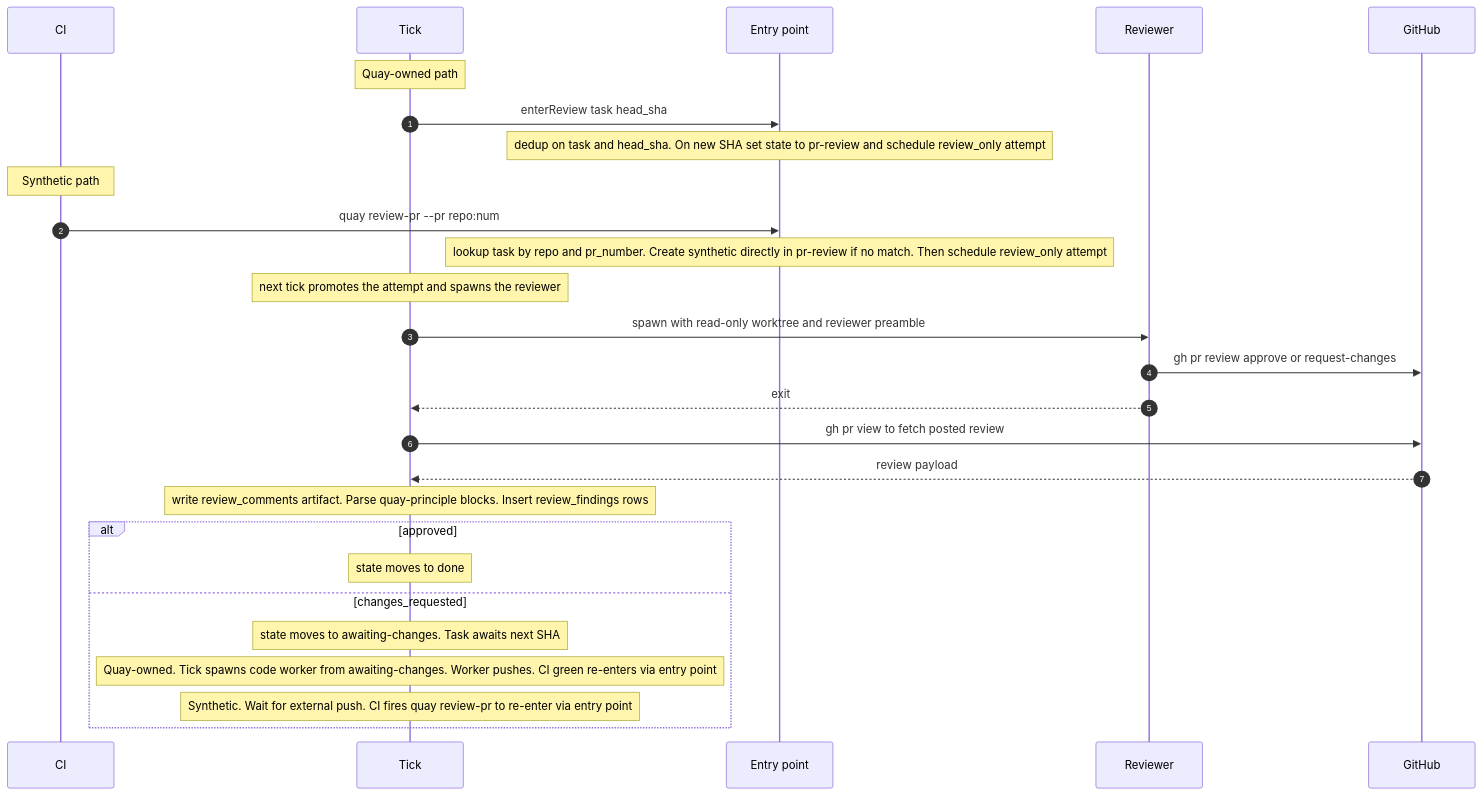
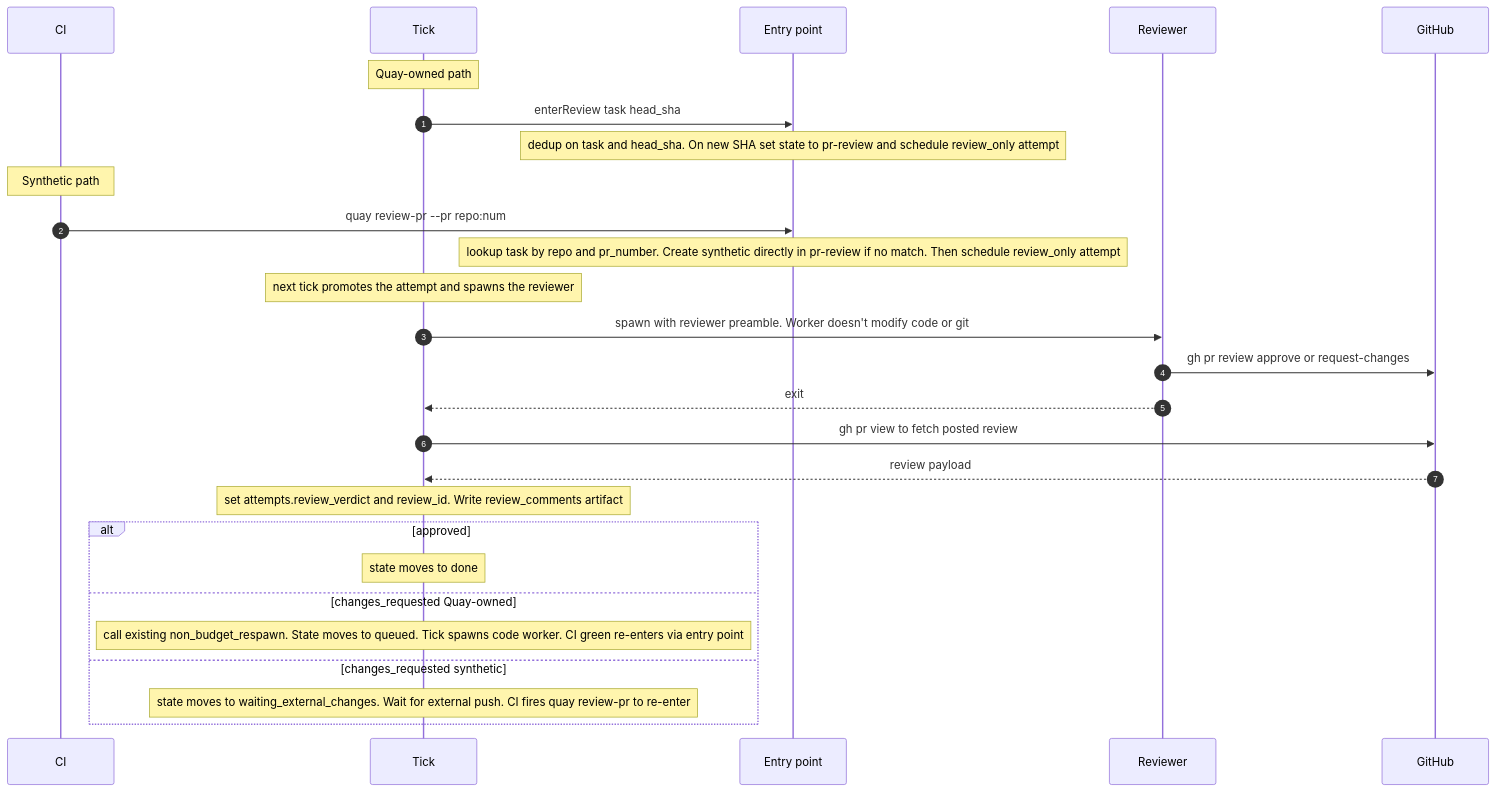
The first of 2 diagrams in docs/quay-spec-pr-review.md (InverterNetwork/quay), drawn with Mermaid before and after one commit. The commit also changed other lines of this file and 1 other file, not shown here.

First line of the commit message:
Simplify spec: defer findings/FTS, share cap, split rollout flags

````diff
--- a/docs/quay-spec-pr-review.md
+++ b/docs/quay-spec-pr-review.md
@@ -55,33 +60,33 @@
 ```mermaid
 sequenceDiagram
     autonumber
     participant CI
     participant Tick
     participant Entry as Entry point
     participant Worker as Reviewer
     participant GH as GitHub
 
     Note over Tick: Quay-owned path
     Tick->>Entry: enterReview task head_sha
     Note over Entry: dedup on task and head_sha. On new SHA set state to pr-review and schedule review_only attempt
 
     Note over CI: Synthetic path
     CI->>Entry: quay review-pr --pr repo:num
     Note over Entry: lookup task by repo and pr_number. Create synthetic directly in pr-review if no match. Then schedule review_only attempt
 
     Note over Tick: next tick promotes the attempt and spawns the reviewer
-    Tick->>Worker: spawn with read-only worktree and reviewer preamble
+    Tick->>Worker: spawn with reviewer preamble. Worker doesn't modify code or git
     Worker->>GH: gh pr review approve or request-changes
     Worker-->>Tick: exit
     Tick->>GH: gh pr view to fetch posted review
     GH-->>Tick: review payload
-    Note over Tick: write review_comments artifact. Parse quay-principle blocks. Insert review_findings rows
+    Note over Tick: set attempts.review_verdict and review_id. Write review_comments artifact
 
     alt approved
         Note over Tick: state moves to done
-    else changes_requested
-        Note over Tick: state moves to awaiting-changes. Task awaits next SHA
-        Note over Tick: Quay-owned. Tick spawns code worker from awaiting-changes. Worker pushes. CI green re-enters via entry point
-        Note over Tick: Synthetic. Wait for external push. CI fires quay review-pr to re-enter via entry point
+    else changes_requested Quay-owned
+        Note over Tick: call existing non_budget_respawn. State moves to queued. Tick spawns code worker. CI green re-enters via entry point
+    else changes_requested synthetic
+        Note over Tick: state moves to waiting_external_changes. Wait for external push. CI fires quay review-pr to re-enter
     end
 ```
````
